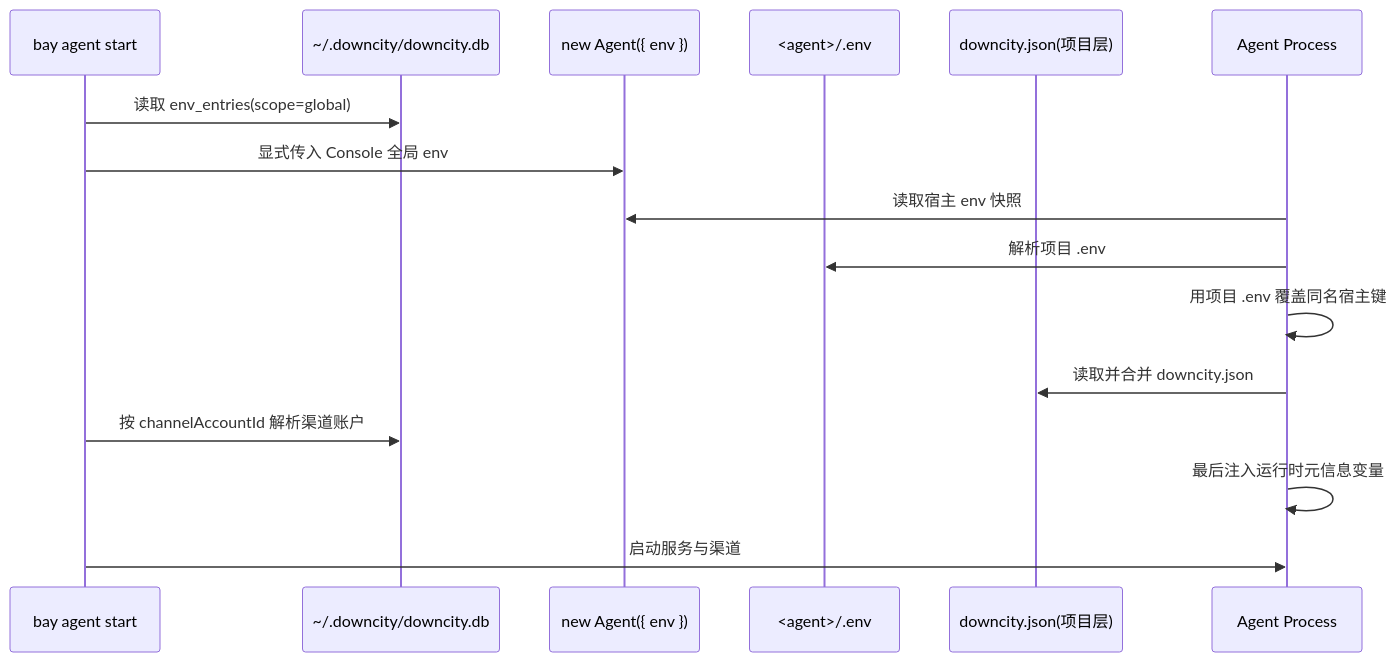
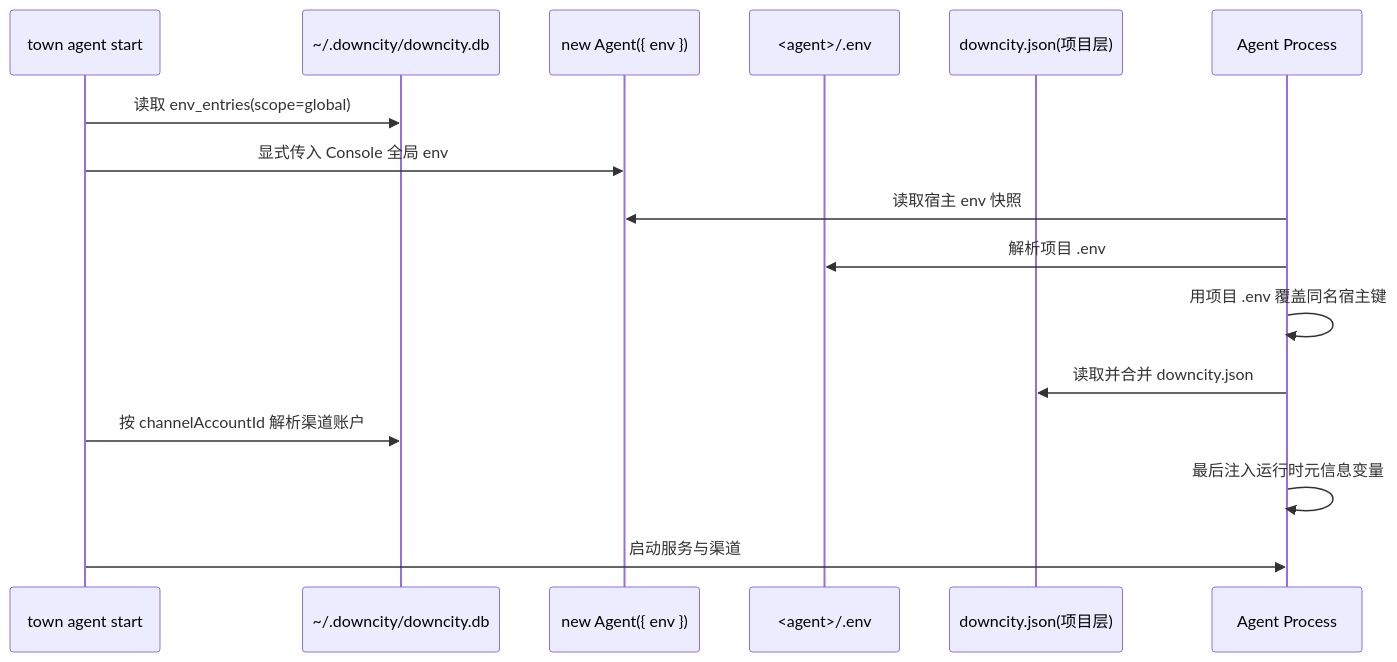
Before and after one commit to wangenius/downcity: the first of 2 diagrams in homepage/content/docs/zh/configuration/environment-variables.mdx, drawn with Mermaid. The commit also changed other lines of this file and 1247 other files, not shown here.

````diff
--- a/homepage/content/docs/zh/configuration/environment-variables.mdx
+++ b/homepage/content/docs/zh/configuration/environment-variables.mdx
@@ -37,19 +37,19 @@
 ```mermaid
 sequenceDiagram
-  participant CLI as bay agent start
+  participant CLI as town agent start
   participant DB as ~/.downcity/downcity.db
   participant HOST as new Agent({ env })
   participant ENV as <agent>/.env
   participant JSON as downcity.json(项目层)
   participant RT as Agent Process
 
   CLI->>DB: 读取 env_entries(scope=global)
   CLI->>HOST: 显式传入 Console 全局 env
   RT->>HOST: 读取宿主 env 快照
   RT->>ENV: 解析项目 .env
   RT->>RT: 用项目 .env 覆盖同名宿主键
   RT->>JSON: 读取并合并 downcity.json
   CLI->>DB: 按 channelAccountId 解析渠道账户
   RT->>RT: 最后注入运行时元信息变量
   CLI->>RT: 启动服务与渠道
 ```
````
